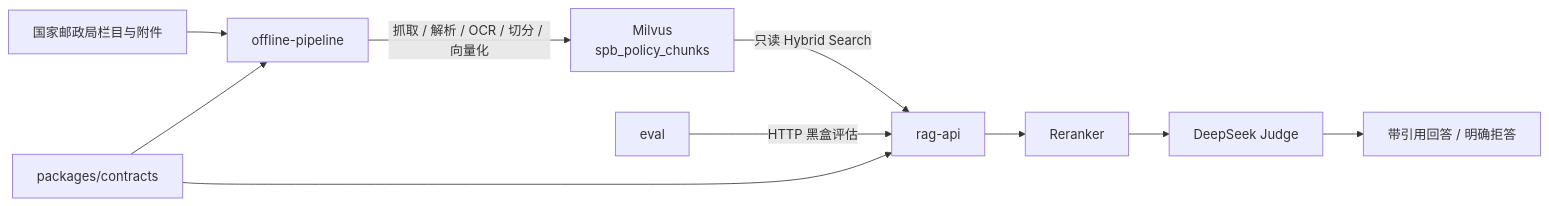
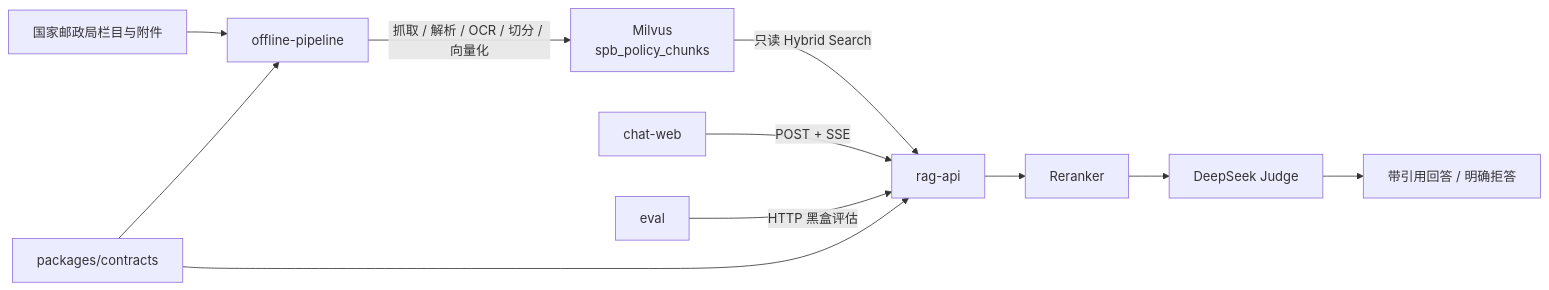
One commit to wwbotww/Intern26-spb changed the diagram in README.md. Above: the diagram before and after it, drawn with Mermaid. The commit also changed other lines of this file and 20 other files, not shown here.

Commit message:
feat(web): add streaming chat interface

````diff
--- a/README.md
+++ b/README.md
@@ -29,12 +29,13 @@
 ```mermaid
 flowchart LR
     S["国家邮政局栏目与附件"] --> O["offline-pipeline"]
     O -->|"抓取 / 解析 / OCR / 切分 / 向量化"| M["Milvus<br/>spb_policy_chunks"]
     C["packages/contracts"] --> O
     C --> R["rag-api"]
     M -->|"只读 Hybrid Search"| R
     R --> B["Reranker"]
     B --> J["DeepSeek Judge"]
     J --> G["带引用回答 / 明确拒答"]
+    W["chat-web"] -->|"POST + SSE"| R
     E["eval"] -->|"HTTP 黑盒评估"| R
 ```
````
